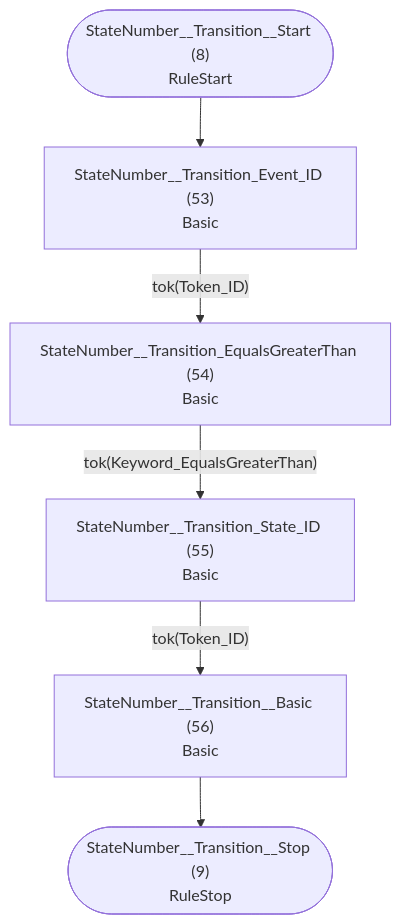
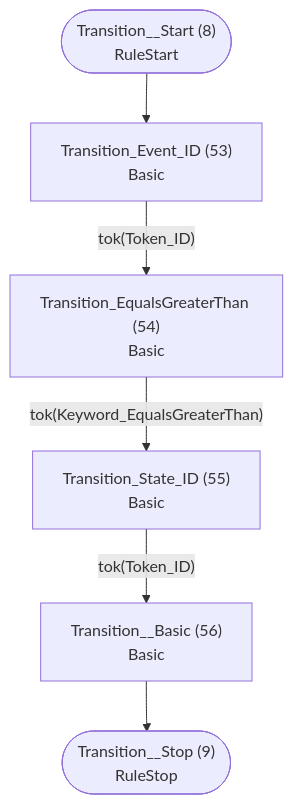
The fifth of 5 diagrams in examples/statemachine/atn.md (TypeFox/fastbelt), drawn with Mermaid before and after one commit. The commit also changed other lines of this file and 26 other files, not shown here.

````diff
--- a/examples/statemachine/atn.md
+++ b/examples/statemachine/atn.md
@@ -139,15 +139,15 @@
 ```mermaid
 flowchart TD
-    q8(["StateNumber__Transition__Start (8)<br/>RuleStart"])
-    q9(["StateNumber__Transition__Stop (9)<br/>RuleStop"])
-    q53["StateNumber__Transition_Event_ID (53)<br/>Basic<br/>"]
-    q54["StateNumber__Transition_EqualsGreaterThan (54)<br/>Basic<br/>"]
-    q55["StateNumber__Transition_State_ID (55)<br/>Basic<br/>"]
-    q56["StateNumber__Transition__Basic (56)<br/>Basic<br/>"]
+    q8(["Transition__Start (8)<br/>RuleStart"])
+    q9(["Transition__Stop (9)<br/>RuleStop"])
+    q53["Transition_Event_ID (53)<br/>Basic<br/>"]
+    q54["Transition_EqualsGreaterThan (54)<br/>Basic<br/>"]
+    q55["Transition_State_ID (55)<br/>Basic<br/>"]
+    q56["Transition__Basic (56)<br/>Basic<br/>"]
 
     q8 --> q53
     q53 -->|"tok(Token_ID)"| q54
     q54 -->|"tok(Keyword_EqualsGreaterThan)"| q55
     q55 -->|"tok(Token_ID)"| q56
     q56 --> q9
 ```
````
